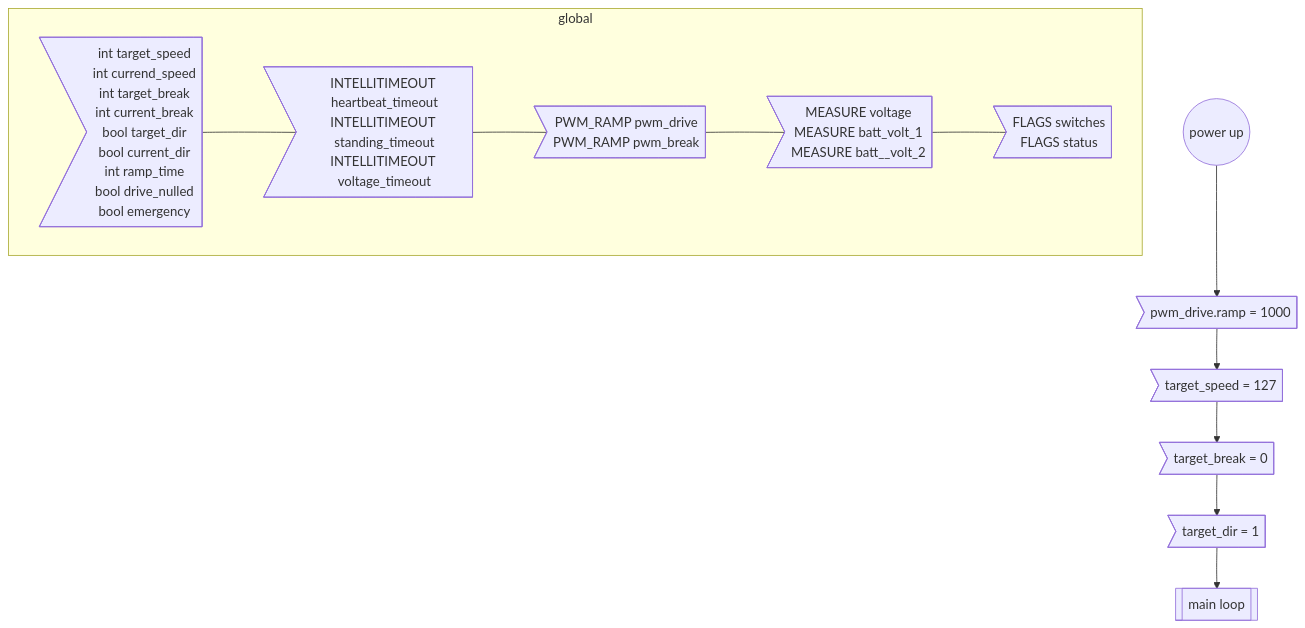
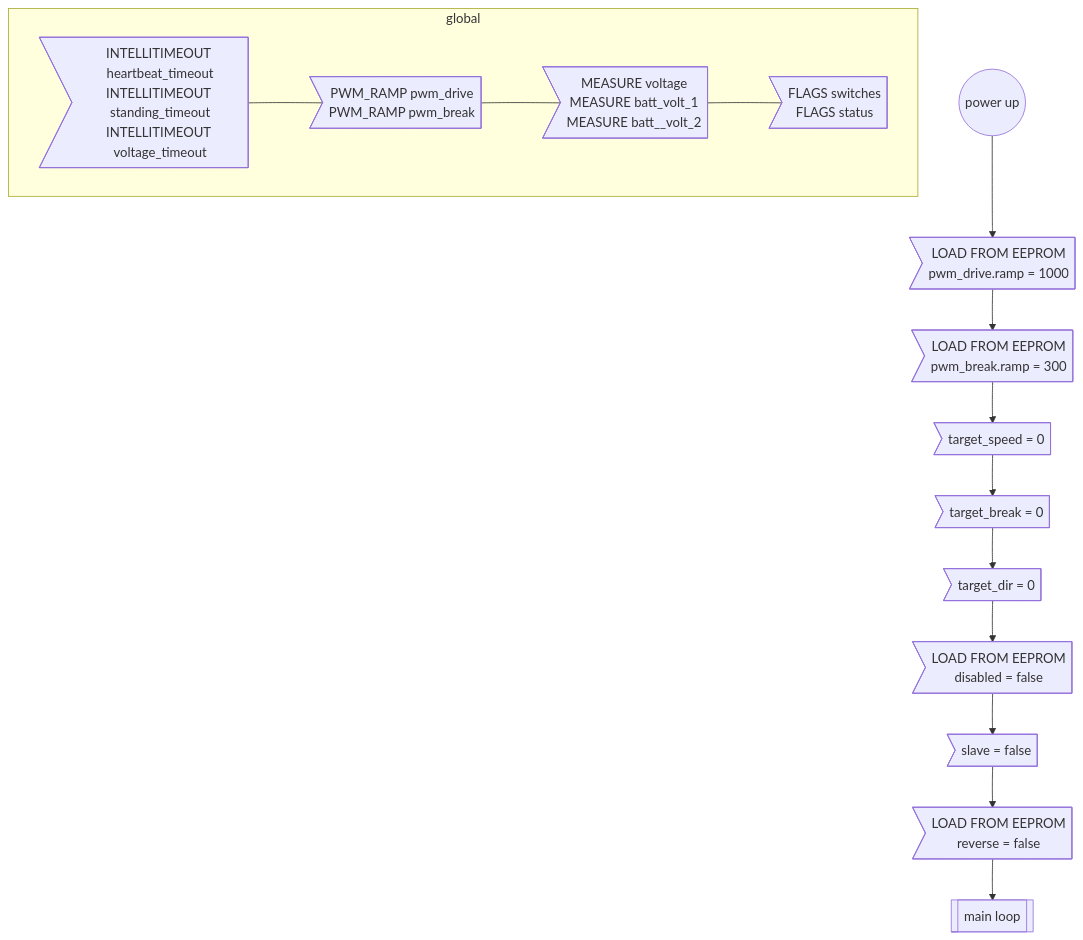
The second of 7 diagrams in Loco_can_motor/FLOWCHART.md (loco-can/loco-can-software), drawn with Mermaid before and after one commit. The commit also changed other lines of this file, not shown here.

Commit message:
include setup functionality in FLOWCHART.md

````diff
--- a/Loco_can_motor/FLOWCHART.md
+++ b/Loco_can_motor/FLOWCHART.md
@@ -19,23 +19,27 @@
 ```mermaid
 graph TD;
     %% motor init
 
     subgraph global;
-        globalvars>int target_speed\nint currend_speed\nint target_break\nint current_break\nbool target_dir\nbool current_dir\nint ramp_time\nbool drive_nulled\nbool emergency] --- globaltimeout;
         globaltimeout>INTELLITIMEOUT heartbeat_timeout\nINTELLITIMEOUT standing_timeout\nINTELLITIMEOUT voltage_timeout] --- globalpwm;
         globalpwm>PWM_RAMP pwm_drive\nPWM_RAMP pwm_break] --- globalmeasure;
         globalmeasure>MEASURE voltage\nMEASURE batt_volt_1\nMEASURE batt__volt_2] --- globalflags;
         globalflags>FLAGS switches\nFLAGS status];
+
     end
 
     %% node definitions
     POWERUP((power up));
-    SETRAMP>pwm_drive.ramp = 1000];
-    SETSPEED>target_speed = 127];
+    SETDRIVERAMP>LOAD FROM EEPROM\npwm_drive.ramp = 1000];
+    SETBREAKRAMP>LOAD FROM EEPROM\npwm_break.ramp = 300];
+    SETSPEED>target_speed = 0];
     SETBREAK>target_break = 0];
-    SETDIR>target_dir = 1];
+    SETDISABLED>LOAD FROM EEPROM\ndisabled = false];
+    SETSLAVE>slave = false];
+    SETDIR>target_dir = 0];
+    SETREVERSE>LOAD FROM EEPROM\nreverse = false];
     ENDPOWERUP[[main loop]];
 
     %% flow
-    POWERUP --> SETRAMP --> SETSPEED --> SETBREAK --> SETDIR --> ENDPOWERUP;
+    POWERUP --> SETDRIVERAMP --> SETBREAKRAMP --> SETSPEED --> SETBREAK --> SETDIR --> SETDISABLED --> SETSLAVE --> SETREVERSE --> ENDPOWERUP;
 ```
````
